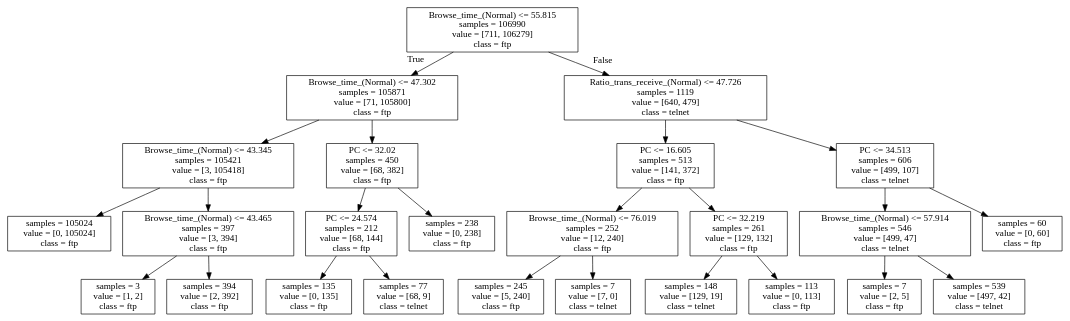
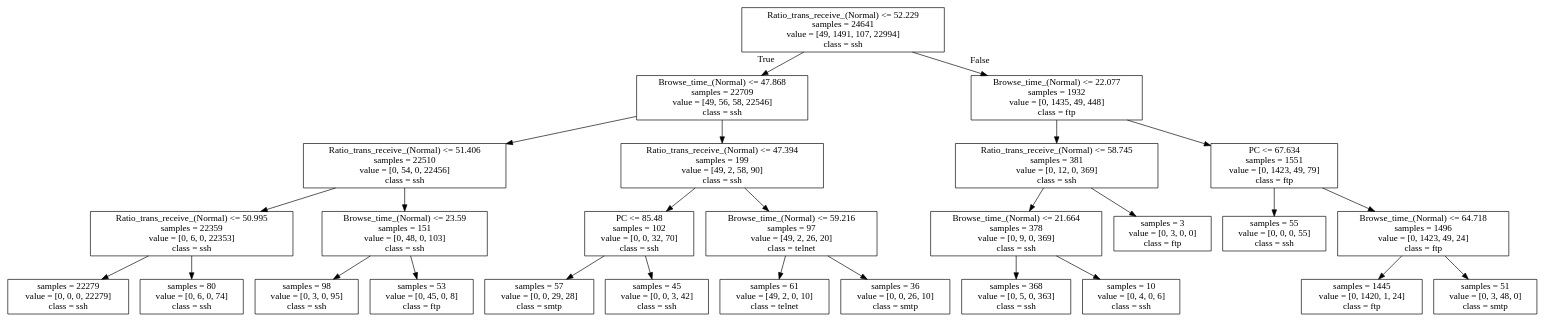
One commit to junimirang/SSH-Predictive-Model changed the diagram in Result_Largest_ssh_gap(Hybrid-RF)/DecisionTree.dot. Above: the diagram before and after it, drawn with Graphviz. The commit also changed 47 other files, not shown here.

```diff
--- a/Result_Largest_ssh_gap(Hybrid-RF)/DecisionTree.dot
+++ b/Result_Largest_ssh_gap(Hybrid-RF)/DecisionTree.dot
@@ -1,52 +1,56 @@
 digraph Tree {
 node [shape=box] ;
-0 [label="Browse_time_(Normal) <= 55.815\nsamples = 106990\nvalue = [711, 106279]\nclass = ftp"] ;
-1 [label="Browse_time_(Normal) <= 47.302\nsamples = 105871\nvalue = [71, 105800]\nclass = ftp"] ;
+0 [label="Ratio_trans_receive_(Normal) <= 52.229\nsamples = 24641\nvalue = [49, 1491, 107, 22994]\nclass = ssh"] ;
+1 [label="Browse_time_(Normal) <= 47.868\nsamples = 22709\nvalue = [49, 56, 58, 22546]\nclass = ssh"] ;
 0 -> 1 [labeldistance=2.5, labelangle=45, headlabel="True"] ;
-2 [label="Browse_time_(Normal) <= 43.345\nsamples = 105421\nvalue = [3, 105418]\nclass = ftp"] ;
+2 [label="Ratio_trans_receive_(Normal) <= 51.406\nsamples = 22510\nvalue = [0, 54, 0, 22456]\nclass = ssh"] ;
 1 -> 2 ;
-3 [label="samples = 105024\nvalue = [0, 105024]\nclass = ftp"] ;
+3 [label="Ratio_trans_receive_(Normal) <= 50.995\nsamples = 22359\nvalue = [0, 6, 0, 22353]\nclass = ssh"] ;
 2 -> 3 ;
-4 [label="Browse_time_(Normal) <= 43.465\nsamples = 397\nvalue = [3, 394]\nclass = ftp"] ;
-2 -> 4 ;
-5 [label="samples = 3\nvalue = [1, 2]\nclass = ftp"] ;
-4 -> 5 ;
-6 [label="samples = 394\nvalue = [2, 392]\nclass = ftp"] ;
-4 -> 6 ;
-7 [label="PC <= 32.02\nsamples = 450\nvalue = [68, 382]\nclass = ftp"] ;
-1 -> 7 ;
-8 [label="PC <= 24.574\nsamples = 212\nvalue = [68, 144]\nclass = ftp"] ;
-7 -> 8 ;
-9 [label="samples = 135\nvalue = [0, 135]\nclass = ftp"] ;
-8 -> 9 ;
-10 [label="samples = 77\nvalue = [68, 9]\nclass = telnet"] ;
-8 -> 10 ;
-11 [label="samples = 238\nvalue = [0, 238]\nclass = ftp"] ;
-7 -> 11 ;
-12 [label="Ratio_trans_receive_(Normal) <= 47.726\nsamples = 1119\nvalue = [640, 479]\nclass = telnet"] ;
-0 -> 12 [labeldistance=2.5, labelangle=-45, headlabel="False"] ;
-13 [label="PC <= 16.605\nsamples = 513\nvalue = [141, 372]\nclass = ftp"] ;
-12 -> 13 ;
-14 [label="Browse_time_(Normal) <= 76.019\nsamples = 252\nvalue = [12, 240]\nclass = ftp"] ;
+4 [label="samples = 22279\nvalue = [0, 0, 0, 22279]\nclass = ssh"] ;
+3 -> 4 ;
+5 [label="samples = 80\nvalue = [0, 6, 0, 74]\nclass = ssh"] ;
+3 -> 5 ;
+6 [label="Browse_time_(Normal) <= 23.59\nsamples = 151\nvalue = [0, 48, 0, 103]\nclass = ssh"] ;
+2 -> 6 ;
+7 [label="samples = 98\nvalue = [0, 3, 0, 95]\nclass = ssh"] ;
+6 -> 7 ;
+8 [label="samples = 53\nvalue = [0, 45, 0, 8]\nclass = ftp"] ;
+6 -> 8 ;
+9 [label="Ratio_trans_receive_(Normal) <= 47.394\nsamples = 199\nvalue = [49, 2, 58, 90]\nclass = ssh"] ;
+1 -> 9 ;
+10 [label="PC <= 85.48\nsamples = 102\nvalue = [0, 0, 32, 70]\nclass = ssh"] ;
+9 -> 10 ;
+11 [label="samples = 57\nvalue = [0, 0, 29, 28]\nclass = smtp"] ;
+10 -> 11 ;
+12 [label="samples = 45\nvalue = [0, 0, 3, 42]\nclass = ssh"] ;
+10 -> 12 ;
+13 [label="Browse_time_(Normal) <= 59.216\nsamples = 97\nvalue = [49, 2, 26, 20]\nclass = telnet"] ;
+9 -> 13 ;
+14 [label="samples = 61\nvalue = [49, 2, 0, 10]\nclass = telnet"] ;
 13 -> 14 ;
-15 [label="samples = 245\nvalue = [5, 240]\nclass = ftp"] ;
-14 -> 15 ;
-16 [label="samples = 7\nvalue = [7, 0]\nclass = telnet"] ;
-14 -> 16 ;
-17 [label="PC <= 32.219\nsamples = 261\nvalue = [129, 132]\nclass = ftp"] ;
-13 -> 17 ;
-18 [label="samples = 148\nvalue = [129, 19]\nclass = telnet"] ;
+15 [label="samples = 36\nvalue = [0, 0, 26, 10]\nclass = smtp"] ;
+13 -> 15 ;
+16 [label="Browse_time_(Normal) <= 22.077\nsamples = 1932\nvalue = [0, 1435, 49, 448]\nclass = ftp"] ;
+0 -> 16 [labeldistance=2.5, labelangle=-45, headlabel="False"] ;
+17 [label="Ratio_trans_receive_(Normal) <= 58.745\nsamples = 381\nvalue = [0, 12, 0, 369]\nclass = ssh"] ;
+16 -> 17 ;
+18 [label="Browse_time_(Normal) <= 21.664\nsamples = 378\nvalue = [0, 9, 0, 369]\nclass = ssh"] ;
 17 -> 18 ;
-19 [label="samples = 113\nvalue = [0, 113]\nclass = ftp"] ;
-17 -> 19 ;
-20 [label="PC <= 34.513\nsamples = 606\nvalue = [499, 107]\nclass = telnet"] ;
-12 -> 20 ;
-21 [label="Browse_time_(Normal) <= 57.914\nsamples = 546\nvalue = [499, 47]\nclass = telnet"] ;
-20 -> 21 ;
-22 [label="samples = 7\nvalue = [2, 5]\nclass = ftp"] ;
-21 -> 22 ;
-23 [label="samples = 539\nvalue = [497, 42]\nclass = telnet"] ;
-21 -> 23 ;
-24 [label="samples = 60\nvalue = [0, 60]\nclass = ftp"] ;
-20 -> 24 ;
+19 [label="samples = 368\nvalue = [0, 5, 0, 363]\nclass = ssh"] ;
+18 -> 19 ;
+20 [label="samples = 10\nvalue = [0, 4, 0, 6]\nclass = ssh"] ;
+18 -> 20 ;
+21 [label="samples = 3\nvalue = [0, 3, 0, 0]\nclass = ftp"] ;
+17 -> 21 ;
+22 [label="PC <= 67.634\nsamples = 1551\nvalue = [0, 1423, 49, 79]\nclass = ftp"] ;
+16 -> 22 ;
+23 [label="samples = 55\nvalue = [0, 0, 0, 55]\nclass = ssh"] ;
+22 -> 23 ;
+24 [label="Browse_time_(Normal) <= 64.718\nsamples = 1496\nvalue = [0, 1423, 49, 24]\nclass = ftp"] ;
+22 -> 24 ;
+25 [label="samples = 1445\nvalue = [0, 1420, 1, 24]\nclass = ftp"] ;
+24 -> 25 ;
+26 [label="samples = 51\nvalue = [0, 3, 48, 0]\nclass = smtp"] ;
+24 -> 26 ;
 }
```
